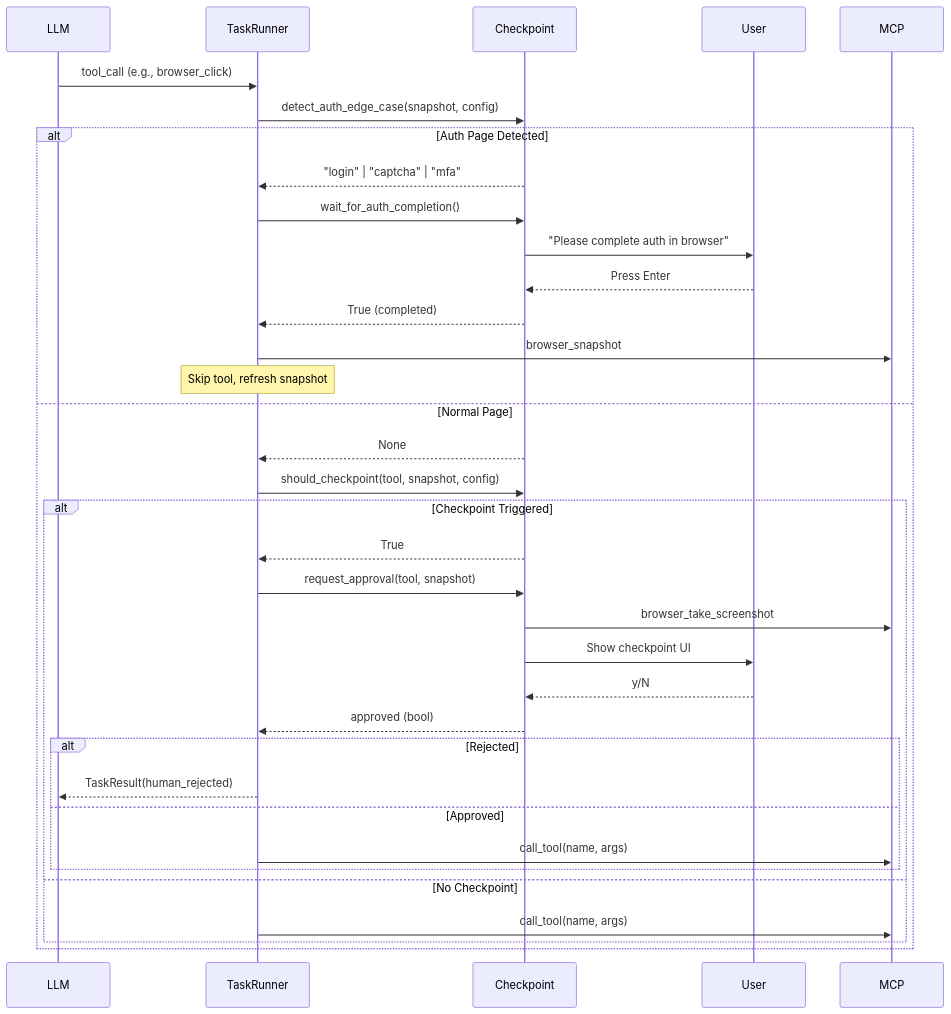
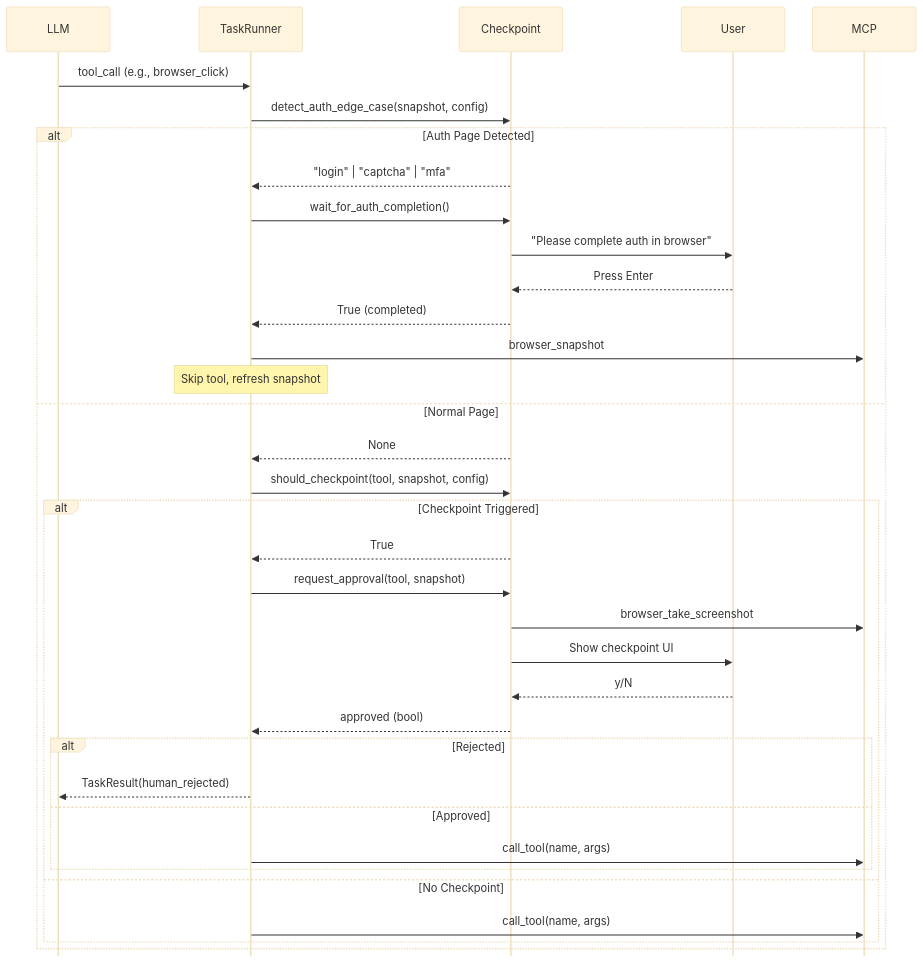
The fourth of 5 diagrams in docs/architecture.md (clthuang/vici_assessment), drawn with Mermaid before and after one commit. The commit also changed other lines of this file and 31 other files, not shown here.

````diff
--- a/docs/architecture.md
+++ b/docs/architecture.md
@@ -247,42 +344,43 @@
 ```mermaid
+%%{init: {'theme': 'base', 'themeVariables': {'fontFamily': 'Trebuchet MS, Verdana, Arial, Sans-Serif', 'fontSize': '14px'}, 'sequence': {'mirrorActors': false, 'actorMargin': 40}}}%%
 sequenceDiagram
     participant LLM
     participant TaskRunner
     participant Checkpoint
     participant User
     participant MCP
 
     LLM->>TaskRunner: tool_call (e.g., browser_click)
 
     TaskRunner->>Checkpoint: detect_auth_edge_case(snapshot, config)
 
     alt Auth Page Detected
         Checkpoint-->>TaskRunner: "login" | "captcha" | "mfa"
         TaskRunner->>Checkpoint: wait_for_auth_completion()
         Checkpoint->>User: "Please complete auth in browser"
         User-->>Checkpoint: Press Enter
         Checkpoint-->>TaskRunner: True (completed)
         TaskRunner->>MCP: browser_snapshot
         Note over TaskRunner: Skip tool, refresh snapshot
     else Normal Page
         Checkpoint-->>TaskRunner: None
         TaskRunner->>Checkpoint: should_checkpoint(tool, snapshot, config)
 
         alt Checkpoint Triggered
             Checkpoint-->>TaskRunner: True
             TaskRunner->>Checkpoint: request_approval(tool, snapshot)
             Checkpoint->>MCP: browser_take_screenshot
             Checkpoint->>User: Show checkpoint UI
             User-->>Checkpoint: y/N
             Checkpoint-->>TaskRunner: approved (bool)
 
             alt Rejected
                 TaskRunner-->>LLM: TaskResult(human_rejected)
             else Approved
                 TaskRunner->>MCP: call_tool(name, args)
             end
         else No Checkpoint
             TaskRunner->>MCP: call_tool(name, args)
         end
     end
 ```
````
